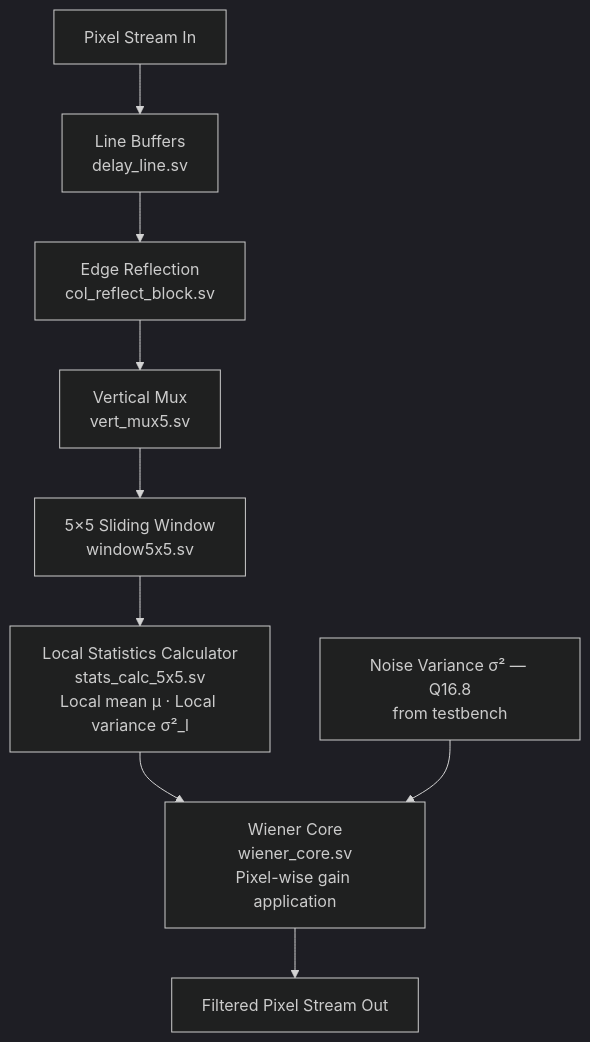
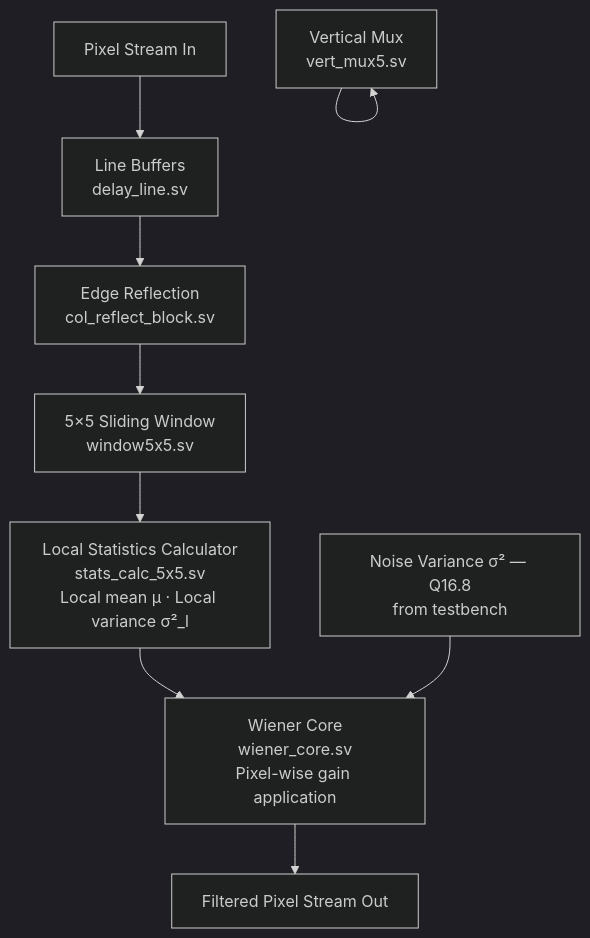
Before and after one commit to Alen60843/Wiener-Image-Denoising-Accelerator---FrontEnd: the second of 2 diagrams in README.md, drawn with Mermaid (dark theme).

````diff
--- a/README.md
+++ b/README.md
@@ -57,12 +57,12 @@
 ```mermaid
 flowchart TD
     IN[Pixel Stream In] --> LB[Line Buffers\ndelay_line.sv]
     LB --> RE[Edge Reflection\ncol_reflect_block.sv]
-    RE --> VM[Vertical Mux\nvert_mux5.sv]
-    VM --> WG[5×5 Sliding Window\nwindow5x5.sv]
+    RE --> WG[5×5 Sliding Window\nwindow5x5.sv]
+    VM --> VM[Vertical Mux\nvert_mux5.sv]
     WG --> SC[Local Statistics Calculator\nstats_calc_5x5.sv\nLocal mean μ · Local variance σ²_l]
     SC --> WC[Wiener Core\nwiener_core.sv\nPixel-wise gain application]
     WC --> OUT[Filtered Pixel Stream Out]
 
     NV[Noise Variance σ² — Q16.8\nfrom testbench] --> WC
 ```
````
